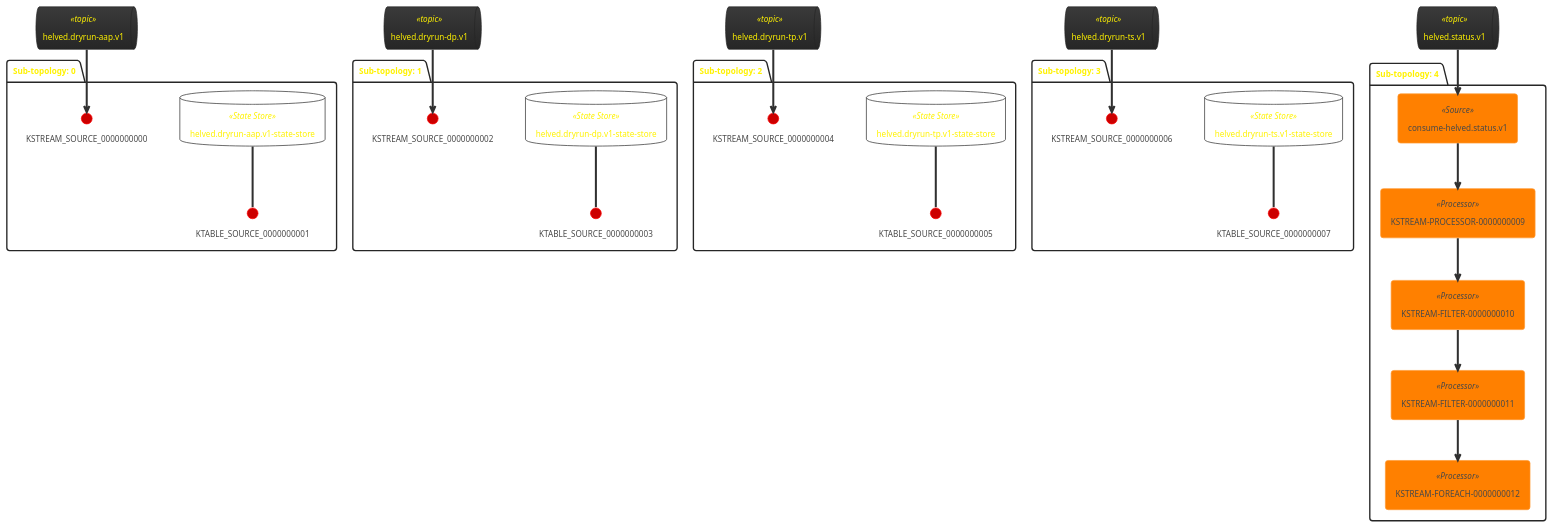
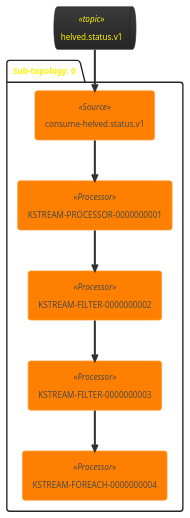
The diagram in dokumentasjon/utsjekk.puml (navikt/helved-utbetaling), drawn with PlantUML before and after one commit. The commit also changed 25 other files, not shown here.

```diff
--- a/dokumentasjon/utsjekk.puml
+++ b/dokumentasjon/utsjekk.puml
@@ -1,40 +1,16 @@
 @startuml
 !theme black-knight
-queue "helved.dryrun-aap.v1" <<topic>> as helved_dryrun_aap_v1
-queue "helved.dryrun-dp.v1" <<topic>> as helved_dryrun_dp_v1
-queue "helved.dryrun-tp.v1" <<topic>> as helved_dryrun_tp_v1
-queue "helved.dryrun-ts.v1" <<topic>> as helved_dryrun_ts_v1
 queue "helved.status.v1" <<topic>> as helved_status_v1
 package "Sub-topology: 0" {
-	database "helved.dryrun-aap.v1-state-store" <<State Store>> as helved_dryrun_aap_v1_state_store
-	helved_dryrun_aap_v1 --> KSTREAM_SOURCE_0000000000
-	helved_dryrun_aap_v1_state_store -- KTABLE_SOURCE_0000000001
-}
-package "Sub-topology: 1" {
-	database "helved.dryrun-dp.v1-state-store" <<State Store>> as helved_dryrun_dp_v1_state_store
-	helved_dryrun_dp_v1 --> KSTREAM_SOURCE_0000000002
-	helved_dryrun_dp_v1_state_store -- KTABLE_SOURCE_0000000003
-}
-package "Sub-topology: 2" {
-	database "helved.dryrun-tp.v1-state-store" <<State Store>> as helved_dryrun_tp_v1_state_store
-	helved_dryrun_tp_v1 --> KSTREAM_SOURCE_0000000004
-	helved_dryrun_tp_v1_state_store -- KTABLE_SOURCE_0000000005
-}
-package "Sub-topology: 3" {
-	database "helved.dryrun-ts.v1-state-store" <<State Store>> as helved_dryrun_ts_v1_state_store
-	helved_dryrun_ts_v1 --> KSTREAM_SOURCE_0000000006
-	helved_dryrun_ts_v1_state_store -- KTABLE_SOURCE_0000000007
-}
-package "Sub-topology: 4" {
 	agent "consume-helved.status.v1" <<Source>> as consume_helved_status_v1
-	agent "KSTREAM-PROCESSOR-0000000009" <<Processor>> as KSTREAM_PROCESSOR_0000000009
-	agent "KSTREAM-FILTER-0000000010" <<Processor>> as KSTREAM_FILTER_0000000010
-	agent "KSTREAM-FILTER-0000000011" <<Processor>> as KSTREAM_FILTER_0000000011
-	agent "KSTREAM-FOREACH-0000000012" <<Processor>> as KSTREAM_FOREACH_0000000012
+	agent "KSTREAM-PROCESSOR-0000000001" <<Processor>> as KSTREAM_PROCESSOR_0000000001
+	agent "KSTREAM-FILTER-0000000002" <<Processor>> as KSTREAM_FILTER_0000000002
+	agent "KSTREAM-FILTER-0000000003" <<Processor>> as KSTREAM_FILTER_0000000003
+	agent "KSTREAM-FOREACH-0000000004" <<Processor>> as KSTREAM_FOREACH_0000000004
 	helved_status_v1 --> consume_helved_status_v1
-	consume_helved_status_v1 --> KSTREAM_PROCESSOR_0000000009
-	KSTREAM_PROCESSOR_0000000009 --> KSTREAM_FILTER_0000000010
-	KSTREAM_FILTER_0000000010 --> KSTREAM_FILTER_0000000011
-	KSTREAM_FILTER_0000000011 --> KSTREAM_FOREACH_0000000012
+	consume_helved_status_v1 --> KSTREAM_PROCESSOR_0000000001
+	KSTREAM_PROCESSOR_0000000001 --> KSTREAM_FILTER_0000000002
+	KSTREAM_FILTER_0000000002 --> KSTREAM_FILTER_0000000003
+	KSTREAM_FILTER_0000000003 --> KSTREAM_FOREACH_0000000004
 }
 @enduml
```
